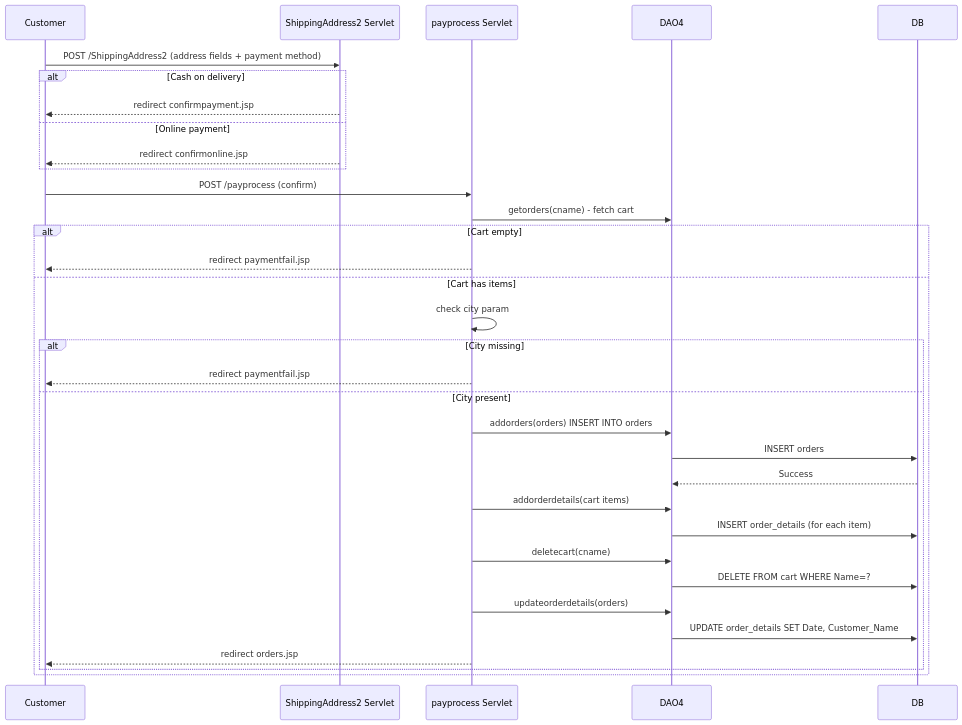
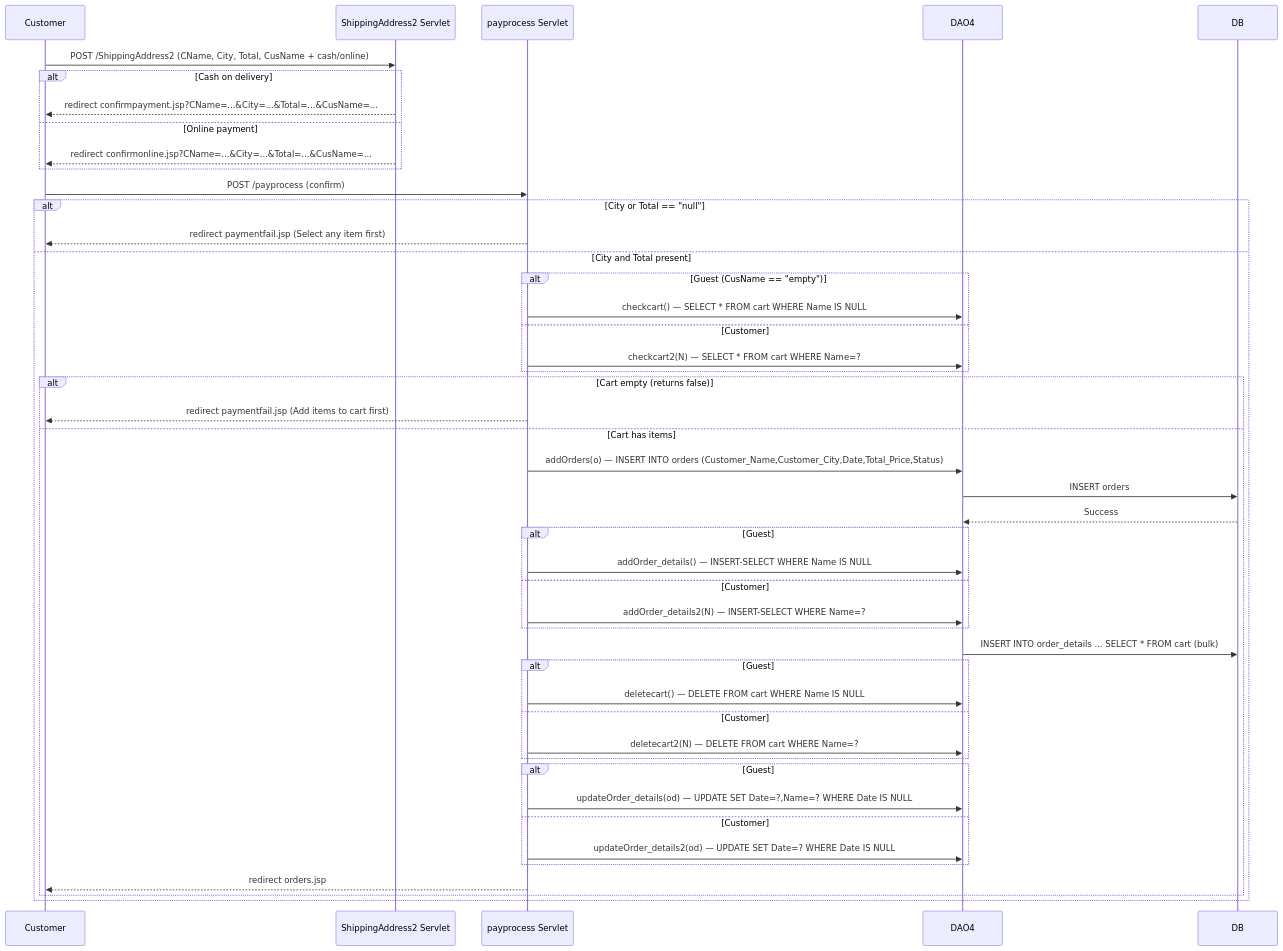
One commit to KGoovaer/EcommerceApplication changed the second of 2 diagrams in docs/functional/requirements/FUREQ-005-order-management.md. Above: the diagram before and after it, drawn with Mermaid. The commit also changed other lines of this file and 4 other files, not shown here.

````diff
--- a/docs/functional/requirements/FUREQ-005-order-management.md
+++ b/docs/functional/requirements/FUREQ-005-order-management.md
@@ -191,36 +197,49 @@
 ```mermaid
 sequenceDiagram
     participant Customer
     participant ShippingAddress2 as ShippingAddress2 Servlet
     participant payprocess as payprocess Servlet
     participant DAO4
     participant DB
 
-    Customer->>ShippingAddress2: POST /ShippingAddress2 (address fields + payment method)
+    Customer->>ShippingAddress2: POST /ShippingAddress2 (CName, City, Total, CusName + cash/online)
     alt Cash on delivery
-        ShippingAddress2-->>Customer: redirect confirmpayment.jsp
+        ShippingAddress2-->>Customer: redirect confirmpayment.jsp?CName=...&City=...&Total=...&CusName=...
     else Online payment
-        ShippingAddress2-->>Customer: redirect confirmonline.jsp
+        ShippingAddress2-->>Customer: redirect confirmonline.jsp?CName=...&City=...&Total=...&CusName=...
     end
     Customer->>payprocess: POST /payprocess (confirm)
-    payprocess->>DAO4: getorders(cname) - fetch cart
-    alt Cart empty
-        payprocess-->>Customer: redirect paymentfail.jsp
-    else Cart has items
-        payprocess->>payprocess: check city param
-        alt City missing
-            payprocess-->>Customer: redirect paymentfail.jsp
-        else City present
-            payprocess->>DAO4: addorders(orders) INSERT INTO orders
+    alt City or Total == "null"
+        payprocess-->>Customer: redirect paymentfail.jsp (Select any item first)
+    else City and Total present
+        alt Guest (CusName == "empty")
+            payprocess->>DAO4: checkcart() — SELECT * FROM cart WHERE Name IS NULL
+        else Customer
+            payprocess->>DAO4: checkcart2(N) — SELECT * FROM cart WHERE Name=?
+        end
+        alt Cart empty (returns false)
+            payprocess-->>Customer: redirect paymentfail.jsp (Add items to cart first)
+        else Cart has items
+            payprocess->>DAO4: addOrders(o) — INSERT INTO orders (Customer_Name,Customer_City,Date,Total_Price,Status)
             DAO4->>DB: INSERT orders
             DB-->>DAO4: Success
-            payprocess->>DAO4: addorderdetails(cart items)
-            DAO4->>DB: INSERT order_details (for each item)
-            payprocess->>DAO4: deletecart(cname)
-            DAO4->>DB: DELETE FROM cart WHERE Name=?
-            payprocess->>DAO4: updateorderdetails(orders)
-            DAO4->>DB: UPDATE order_details SET Date, Customer_Name
+            alt Guest
+                payprocess->>DAO4: addOrder_details() — INSERT-SELECT WHERE Name IS NULL
+            else Customer
+                payprocess->>DAO4: addOrder_details2(N) — INSERT-SELECT WHERE Name=?
+            end
+            DAO4->>DB: INSERT INTO order_details ... SELECT * FROM cart (bulk)
+            alt Guest
+                payprocess->>DAO4: deletecart() — DELETE FROM cart WHERE Name IS NULL
+            else Customer
+                payprocess->>DAO4: deletecart2(N) — DELETE FROM cart WHERE Name=?
+            end
+            alt Guest
+                payprocess->>DAO4: updateOrder_details(od) — UPDATE SET Date=?,Name=? WHERE Date IS NULL
+            else Customer
+                payprocess->>DAO4: updateOrder_details2(od) — UPDATE SET Date=? WHERE Date IS NULL
+            end
             payprocess-->>Customer: redirect orders.jsp
         end
     end
 ```
````
